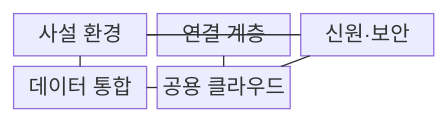
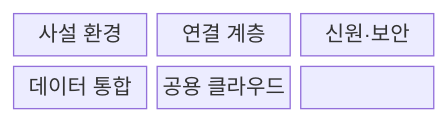
One commit to agnusdei1207/knowledge-base changed the first of 2 diagrams in src/content/docs/notes/08-latest-tech/181_hybrid_cloud.md. Above: the diagram before and after it, drawn with Mermaid. The commit also changed other lines of this file and 228 other files, not shown here.

````diff
--- a/src/content/docs/notes/08-latest-tech/181_hybrid_cloud.md
+++ b/src/content/docs/notes/08-latest-tech/181_hybrid_cloud.md
@@ -50,15 +49,11 @@
 ```mermaid
 block-beta
   columns 3
-  A["사설 환경"]
-  B["연결 계층"]
-  C["신원·보안"]
-  D["데이터 통합"]
-  E["공용 클라우드"]
-  A --- B
-  B --- E
-  C --- A
-  C --- E
-  D --- A
-  D --- E
+  N0["사설 환경"]
+  N1["연결 계층"]
+  N2["신원·보안"]
+  N3["데이터 통합"]
+  N4["공용 클라우드"]
+  N0 --- N1 --- N2
+  N2 --- N3 --- N4
 ```
````
